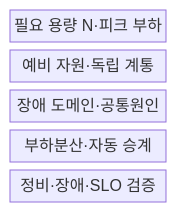
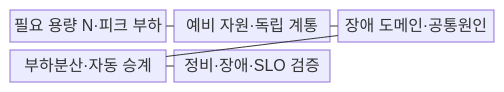
Before and after one commit to agnusdei1207/knowledge-base: the first of 2 diagrams in src/content/docs/notes/06-evaluation/024_redundancy_configuration.md, drawn with Mermaid. The commit also changed other lines of this file and 53 other files, not shown here.

````diff
--- a/src/content/docs/notes/06-evaluation/024_redundancy_configuration.md
+++ b/src/content/docs/notes/06-evaluation/024_redundancy_configuration.md
@@ -59,9 +59,13 @@
 ```mermaid
 block-beta
-  columns 1
+  columns 3
   N["필요 용량 N·피크 부하"]
   R["예비 자원·독립 계통"]
   F["장애 도메인·공통원인"]
   C["부하분산·자동 승계"]
   V["정비·장애·SLO 검증"]
+  N --- R
+  R --- F
+  F --- C
+  C --- V
 ```
````
